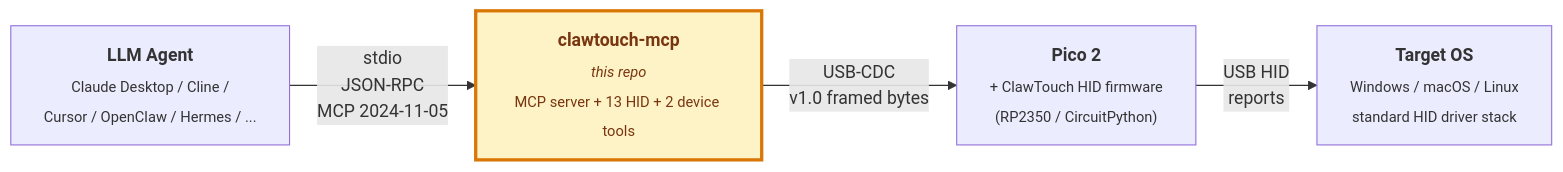
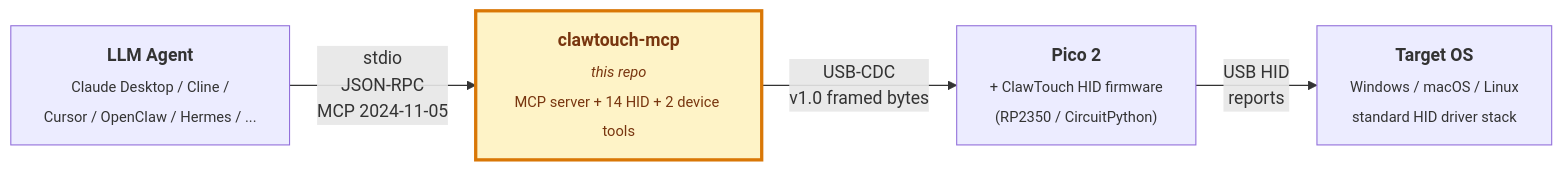
Before and after one commit to tinqiao-oss/clawtouch-mcp: the diagram in README.md, drawn with Mermaid. The commit also changed other lines of this file and 16 other files, not shown here.

````diff
--- a/README.md
+++ b/README.md
@@ -455,9 +463,9 @@
 ```mermaid
 flowchart LR
     A["<b>LLM Agent</b><br/><sub>Claude Desktop / Cline /<br/>Cursor / OpenClaw / Hermes / ...</sub>"]
-        -->|"stdio<br/>JSON-RPC<br/>MCP 2024-11-05"| B["<b>clawtouch-mcp</b><br/><sub><i>this repo</i><br/>MCP server + 13 HID + 2 device tools</sub>"]
+        -->|"stdio<br/>JSON-RPC<br/>MCP 2024-11-05"| B["<b>clawtouch-mcp</b><br/><sub><i>this repo</i><br/>MCP server + 14 HID + 2 device tools</sub>"]
     B -->|"USB-CDC<br/>v1.0 framed bytes"| C["<b>Pico 2</b><br/><sub>+ ClawTouch HID firmware<br/>(RP2350 / CircuitPython)</sub>"]
     C -->|"USB HID<br/>reports"| D["<b>Target OS</b><br/><sub>Windows / macOS / Linux<br/>standard HID driver stack</sub>"]
     classDef this fill:#fef3c7,stroke:#d97706,stroke-width:3px,color:#78350f;
     class B this;
 ```
````
